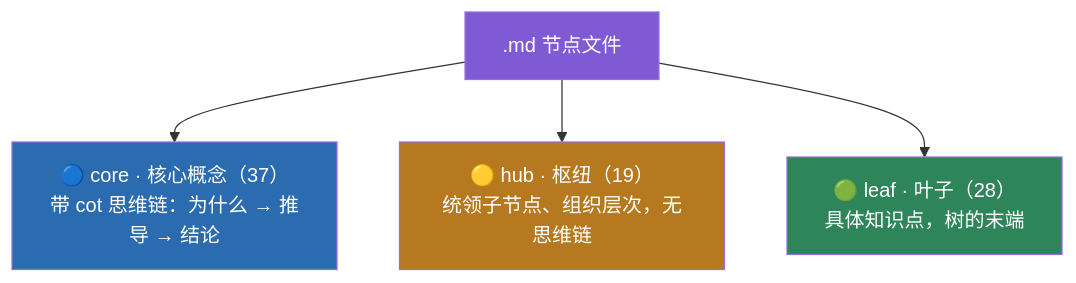
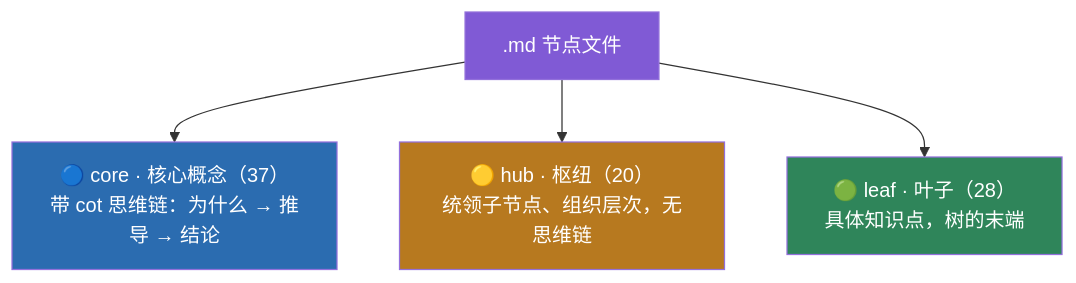
Before and after one commit to Baixiaodou/comm-knowledge-graph: the third of 11 diagrams in README.md, drawn with Mermaid. The commit also changed other lines of this file and 9 other files, not shown here.

````diff
--- a/README.md
+++ b/README.md
@@ -174,10 +174,10 @@
 ```mermaid
 flowchart TB
     MD[".md 节点文件"] --> CORE["🔵 core · 核心概念（37）<br/>带 cot 思维链：为什么 → 推导 → 结论"]
-    MD --> HUB["🟡 hub · 枢纽（19）<br/>统领子节点、组织层次，无思维链"]
+    MD --> HUB["🟡 hub · 枢纽（20）<br/>统领子节点、组织层次，无思维链"]
     MD --> LEAF["🟢 leaf · 叶子（28）<br/>具体知识点，树的末端"]
     style MD fill:#805ad5,color:#fff
     style CORE fill:#2b6cb0,color:#fff
     style HUB fill:#b7791f,color:#fff
     style LEAF fill:#2f855a,color:#fff
 ```
````
